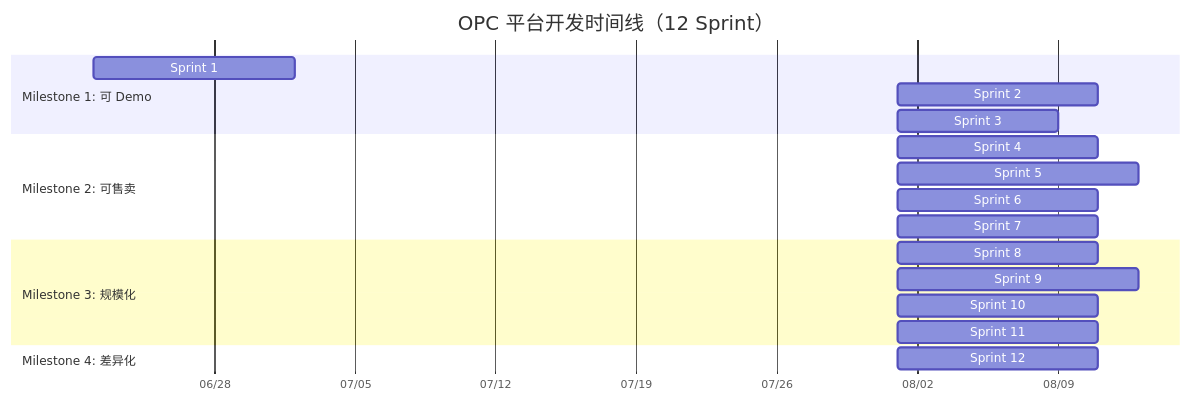
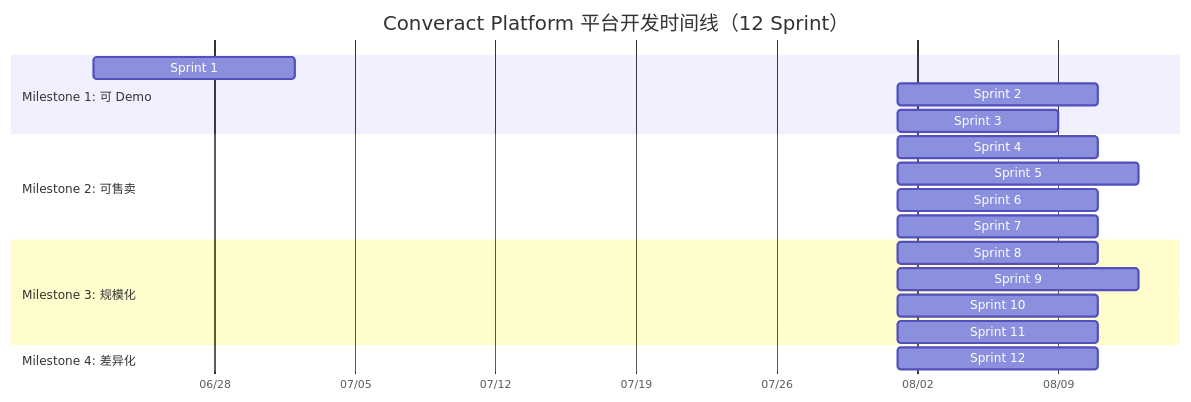
Before and after one commit to songgoldenwind-crypto/converact-platform: the third of 3 diagrams in docs/design/revised-master-plan.md, drawn with Mermaid. The commit also changed other lines of this file and 1807 other files, not shown here.

````diff
--- a/docs/design/revised-master-plan.md
+++ b/docs/design/revised-master-plan.md
@@ -842,26 +842,26 @@
 ```mermaid
 gantt
-    title OPC 平台开发时间线（12 Sprint）
+    title Converact Platform 平台开发时间线（12 Sprint）
     dateFormat YYYY-MM-DD
     axisFormat %m/%d
 
     section Milestone 1: 可 Demo
     Sprint 1: 地基(PG+Auth+WS+合规)  :s1, 2026-06-22, 10d
     Sprint 2: 完整Demo链路           :s2, after s1, 10d
     Sprint 3: 转人工+坐席实时台      :s3, after s2, 8d
 
     section Milestone 2: 可售卖
     Sprint 4: 呼入ACD+IVR全量       :s4, after s3, 10d
     Sprint 5: 坐席全工具+主管监控    :s5, after s4, 12d
     Sprint 6: QM+知识库+录音管理     :s6, after s5, 10d
     Sprint 7: Billing+报表+CRM      :s7, after s6, 10d
 
     section Milestone 3: 规模化
     Sprint 8: 外呼引擎+WFM全量      :s8, after s7, 10d
     Sprint 9: 全渠道(6渠道)          :s9, after s8, 12d
     Sprint 10: 开放平台+高级AI+视频 :s10, after s9, 10d
     Sprint 11: 基础设施+合规管理     :s11, after s10, 10d
 
     section Milestone 4: 差异化
     Sprint 12: ML预测+远期能力      :s12, after s11, 10d
 ```
````
